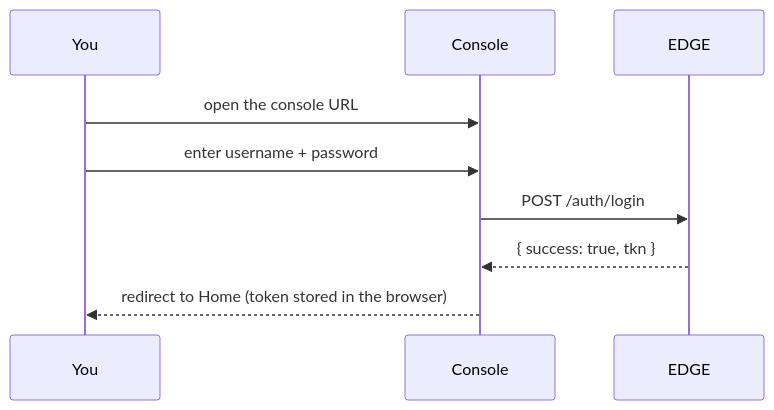
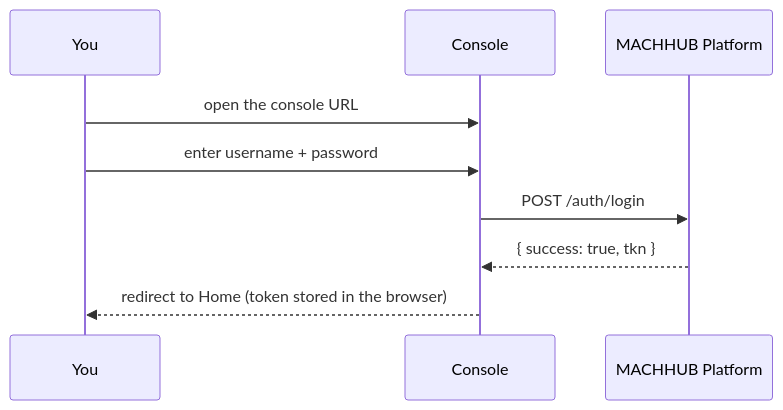
One commit to machhub-dev/docs changed the diagram in src/content/docs/install/first-login.md. Above: the diagram before and after it, drawn with Mermaid. The commit also changed other lines of this file and 24 other files, not shown here.

First line of the commit message:
docs: rename product from "MACHHUB EDGE" to "MACHHUB Platform"

````diff
--- a/src/content/docs/install/first-login.md
+++ b/src/content/docs/install/first-login.md
@@ -37,11 +37,11 @@
 ```mermaid
 sequenceDiagram
   participant You
   participant Console
-  participant EDGE
+  participant EDGE as MACHHUB Platform
   You->>Console: open the console URL
   You->>Console: enter username + password
   Console->>EDGE: POST /auth/login
   EDGE-->>Console: { success: true, tkn }
   Console-->>You: redirect to Home (token stored in the browser)
 ```
````
